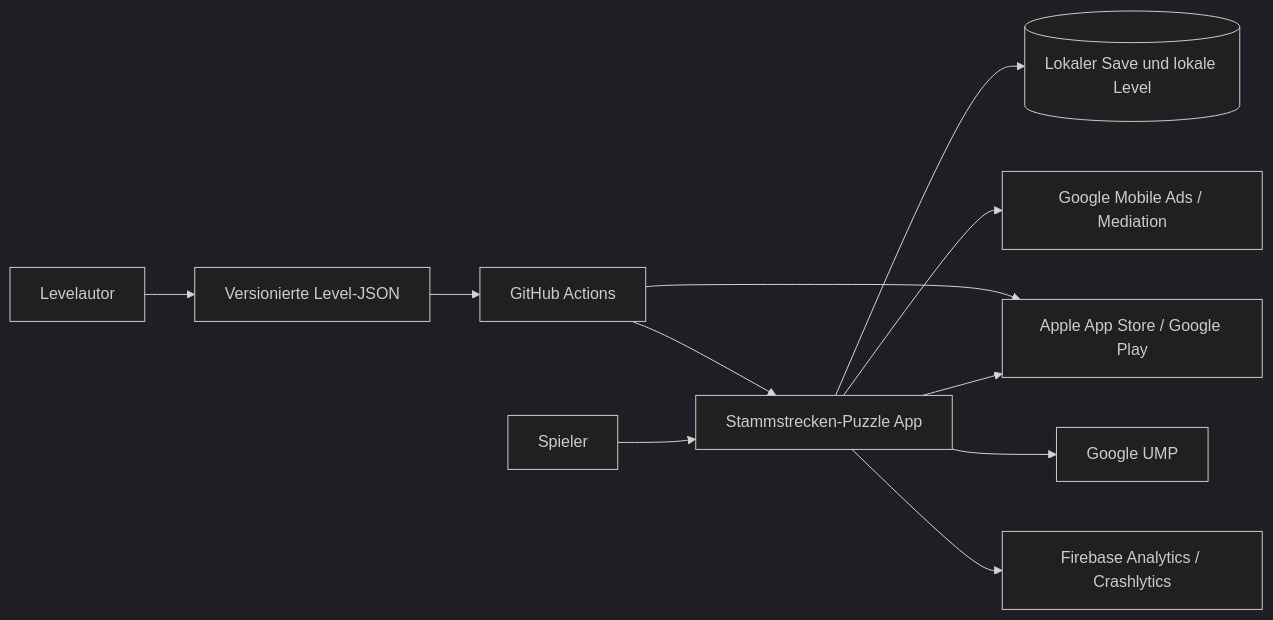
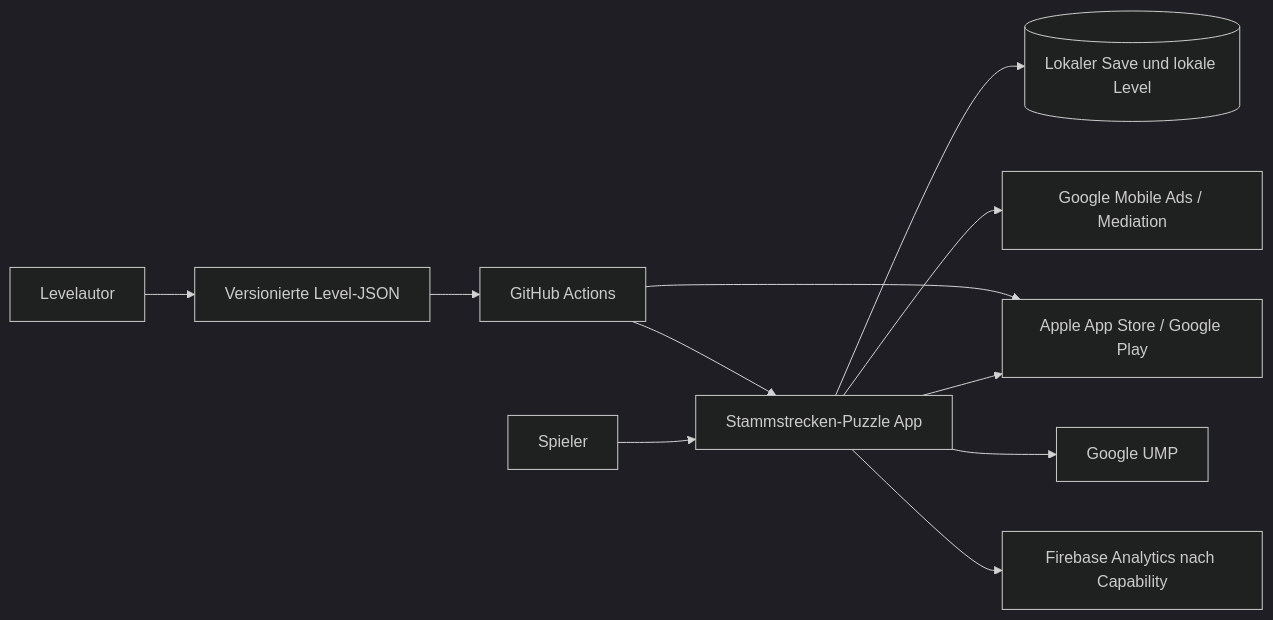
The diagram in ARCHITECTURE/ARCHITECTURE.md (Al1l1l1l1l1/Stammstrecken-Puzzle), drawn with Mermaid (dark theme) before and after one commit. The commit also changed other lines of this file and 60 other files, not shown here.

Commit message:
docs(architecture): address Astra final review findings for v0.3

````diff
--- a/ARCHITECTURE/ARCHITECTURE.md
+++ b/ARCHITECTURE/ARCHITECTURE.md
@@ -32,13 +32,13 @@
 ```mermaid
 flowchart LR
     Player[Spieler] --> App[Stammstrecken-Puzzle App]
     App --> Local[(Lokaler Save und lokale Level)]
     App --> Stores[Apple App Store / Google Play]
     App --> Ads[Google Mobile Ads / Mediation]
     App --> Privacy[Google UMP]
-    App --> Telemetry[Firebase Analytics / Crashlytics]
+    App --> Telemetry[Firebase Analytics nach Capability]
     CI[GitHub Actions] --> App
     CI --> Stores
     Author[Levelautor] --> Source[Versionierte Level-JSON]
     Source --> CI
 ```
````
